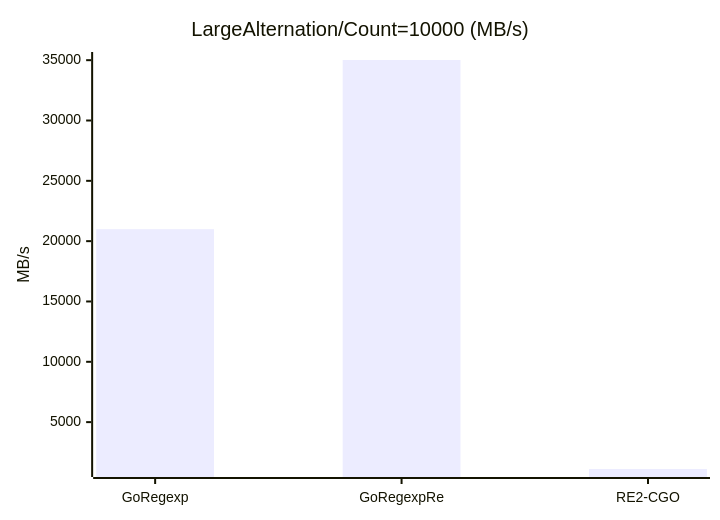
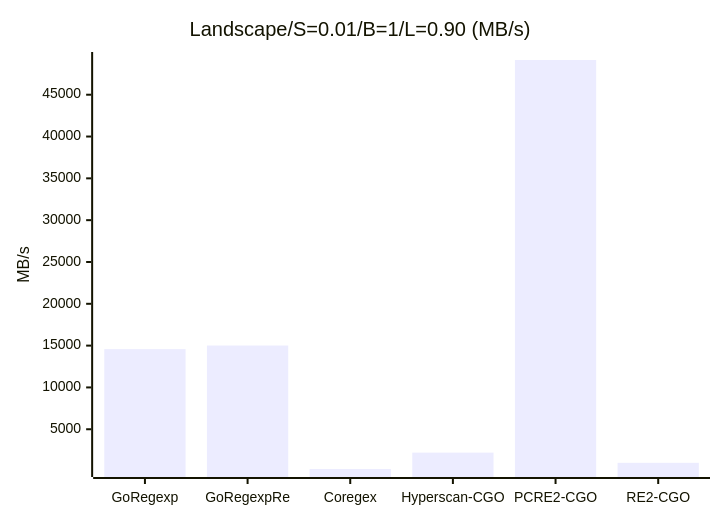
The ninth of 47 diagrams in _benchmark_results/cgo_engines.md (kamichidu/go-regexp-re), drawn with Mermaid before and after one commit. The commit also changed other lines of this file and 3 other files, not shown here.

````diff
--- a/_benchmark_results/cgo_engines.md
+++ b/_benchmark_results/cgo_engines.md
@@ -126,7 +178,7 @@
 ```mermaid
 xychart-beta
-    title "LargeAlternation/Count=10000 (MB/s)"
-    x-axis ["GoRegexp", "GoRegexpRe", "RE2-CGO"]
+    title "Landscape/S=0.01/B=1/L=0.90 (MB/s)"
+    x-axis ["GoRegexp", "GoRegexpRe", "Coregex", "Hyperscan-CGO", "PCRE2-CGO", "RE2-CGO"]
     y-axis "MB/s"
-    bar [20990.72, 35014.87, 1114.71]
+    bar [14581.16, 15008.77, 246.72, 2205.77, 49150.75, 986.21]
 ```
````
